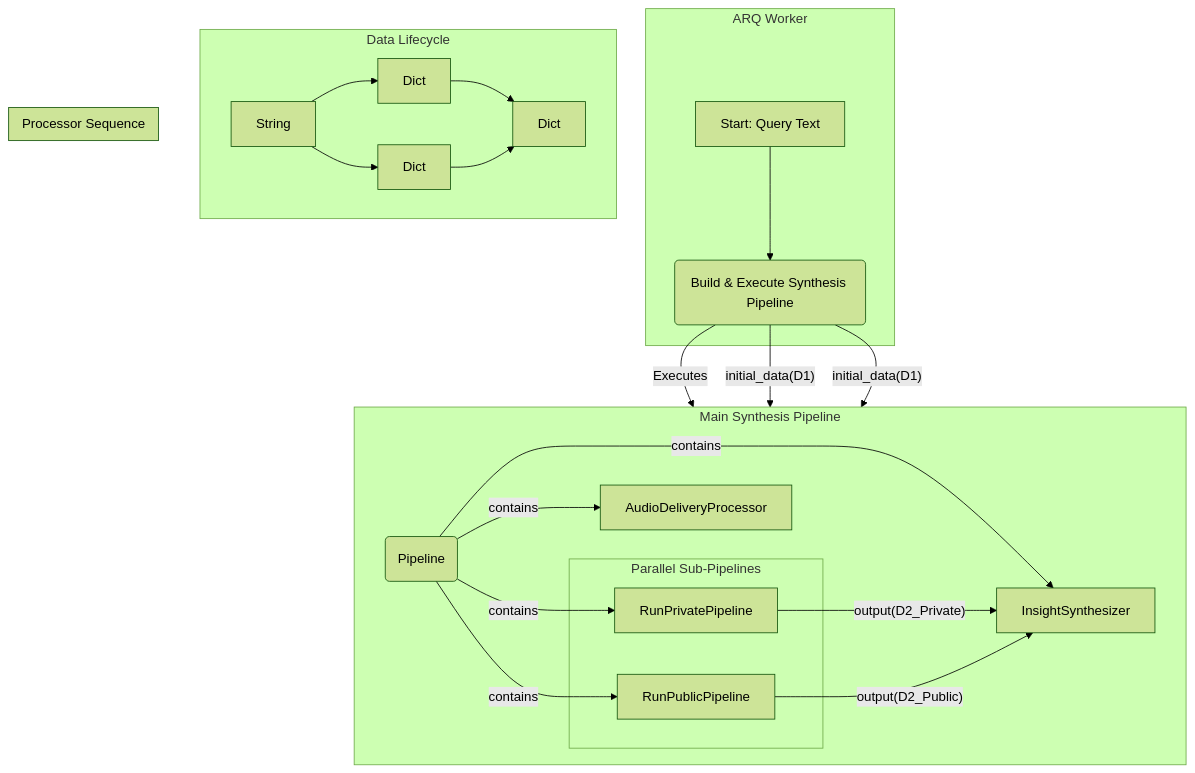
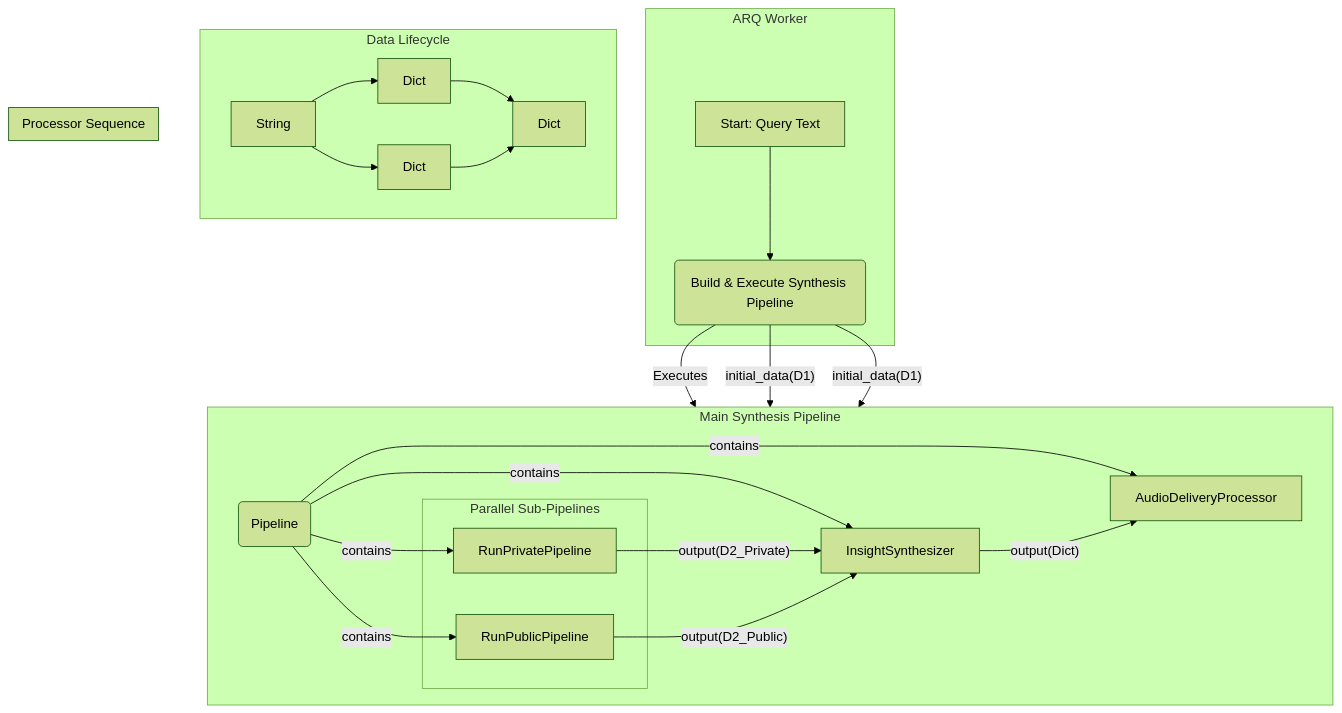
One commit to Itish2003/Cortex_Mentor changed the fourth of 7 diagrams in docs/architecture.md. Above: the diagram before and after it, drawn with Mermaid (forest theme). The commit also changed 9 other files, not shown here.

````diff
--- a/docs/architecture.md
+++ b/docs/architecture.md
@@ -261,40 +261,41 @@
 ```mermaid
 graph TD
     subgraph "ARQ Worker"
         A["Start: Query Text"]
         B(Build & Execute Synthesis Pipeline)
     end
 
     subgraph "Main Synthesis Pipeline"
         direction LR
         subgraph "Parallel Sub-Pipelines"
             P1[RunPrivatePipeline]
             P2[RunPublicPipeline]
         end
         C(Pipeline) -- contains --> P1
         C(Pipeline) -- contains --> P2
         C(Pipeline) -- contains --> P3[InsightSynthesizer]
         C -- contains --> P4[AudioDeliveryProcessor]
     end
 
     %% Data Transformation Flow
     subgraph "Data Lifecycle"
         direction LR
         D1[String] --> D2_Private[Dict]
         D1 --> D2_Public[Dict]
         D2_Private --> D3[Dict]
         D2_Public --> D3[Dict]
     end
 
     %% Link Execution to Data
     A --> B
     B -- Executes --> C
 
     subgraph "Processor Sequence"
         direction LR
         B -- "initial_data(D1)" --> P1
         B -- "initial_data(D1)" --> P2
         P1 -- "output(D2_Private)" --> P3
         P2 -- "output(D2_Public)" --> P3
+        P3 -- "output(Dict)" --> P4
     end
 ```
````
